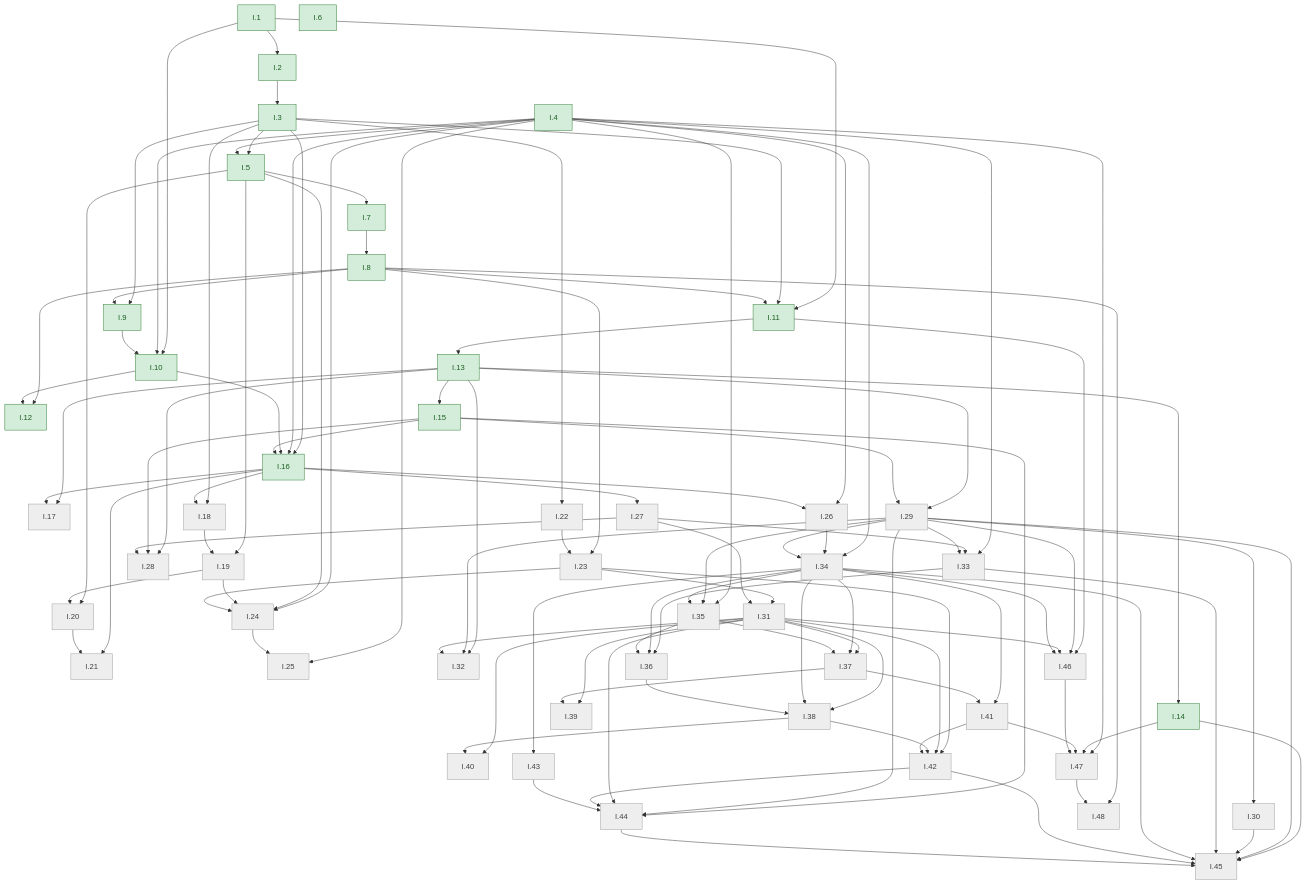
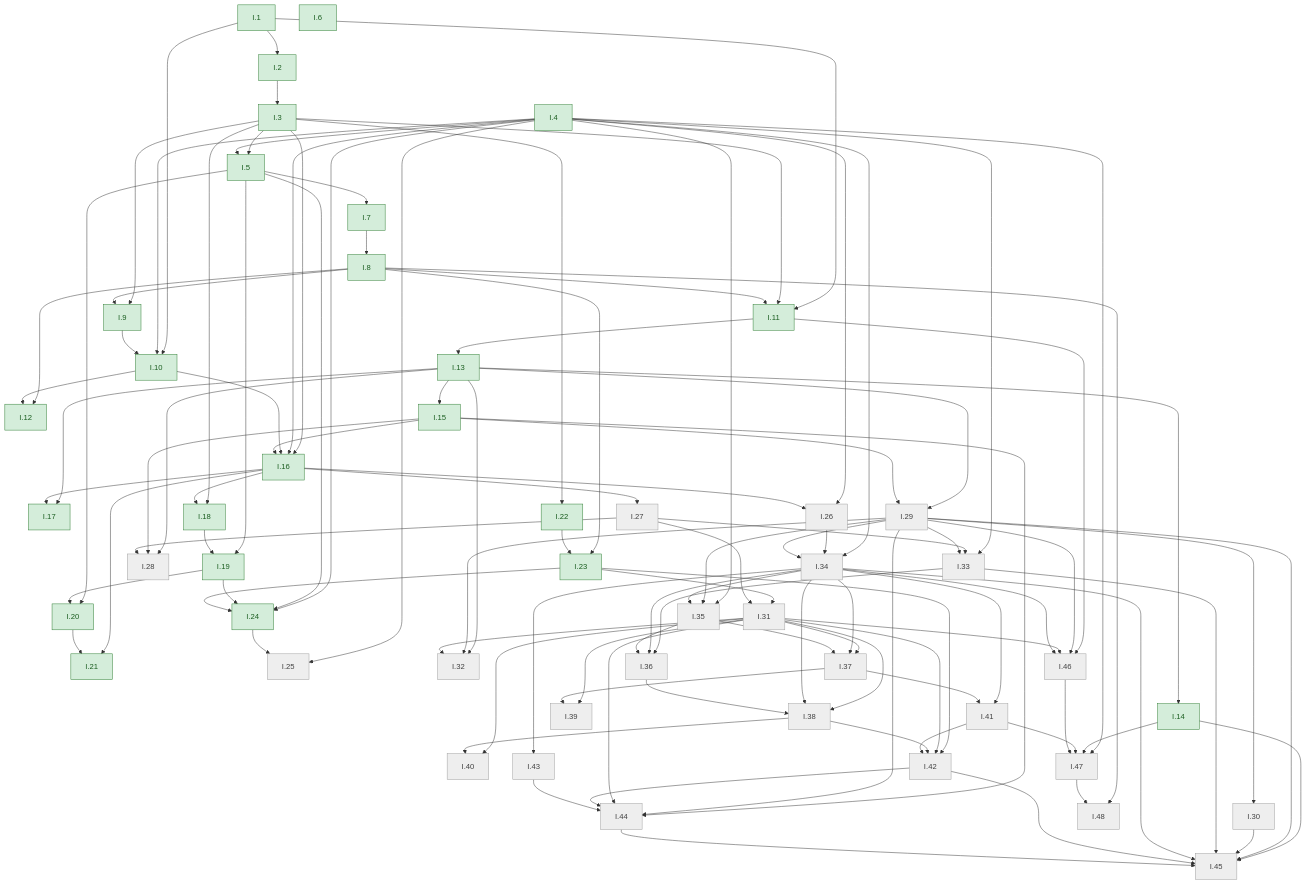
One commit to dodecaplex-co/stoicheia changed the diagram in GRAPH.md. Above: the diagram before and after it, drawn with Mermaid. The commit also changed 12 other files, not shown here.

````diff
--- a/GRAPH.md
+++ b/GRAPH.md
@@ -165,6 +165,6 @@
   I47 --> I48
   classDef proved fill:#d4edda,stroke:#2e7d32,color:#1b5e20
   classDef sketched fill:#eeeeee,stroke:#9e9e9e,color:#424242
-  class I1,I2,I3,I4,I5,I6,I7,I8,I9,I10,I11,I12,I13,I14,I15,I16 proved
-  class I17,I18,I19,I20,I21,I22,I23,I24,I25,I26,I27,I28,I29,I30,I31,I32,I33,I34,I35,I36,I37,I38,I39,I40,I41,I42,I43,I44,I45,I46,I47,I48 sketched
+  class I1,I2,I3,I4,I5,I6,I7,I8,I9,I10,I11,I12,I13,I14,I15,I16,I17,I18,I19,I20,I21,I22,I23,I24 proved
+  class I25,I26,I27,I28,I29,I30,I31,I32,I33,I34,I35,I36,I37,I38,I39,I40,I41,I42,I43,I44,I45,I46,I47,I48 sketched
 ```
````
